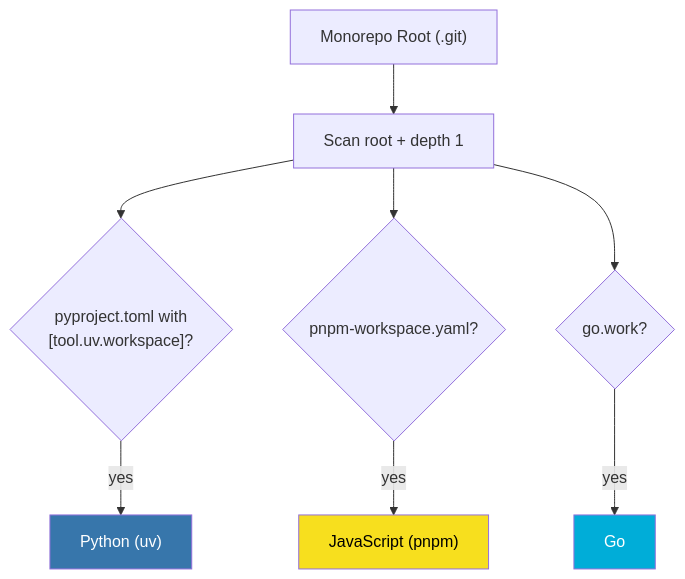
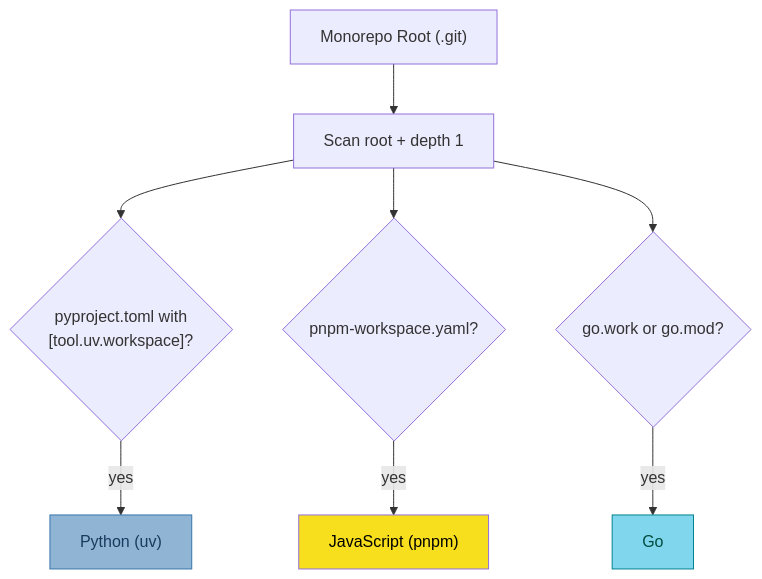
One commit to genkit-ai/genkit-python changed the first of 2 diagrams in tools/releasekit/docs/docs/guides/multi-ecosystem.md. Above: the diagram before and after it, drawn with Mermaid. The commit also changed other lines of this file and 208 other files, not shown here.

````diff
--- a/tools/releasekit/docs/docs/guides/multi-ecosystem.md
+++ b/tools/releasekit/docs/docs/guides/multi-ecosystem.md
@@ -13,19 +13,19 @@
 ```mermaid
 graph TD
     ROOT["Monorepo Root (.git)"]
     SCAN["Scan root + depth 1"]
 
     ROOT --> SCAN
 
     SCAN --> UV{"pyproject.toml with<br/>[tool.uv.workspace]?"}
     SCAN --> PNPM{"pnpm-workspace.yaml?"}
-    SCAN --> GO{"go.work?"}
+    SCAN --> GO{"go.work or go.mod?"}
 
     UV -->|yes| PY["Python (uv)"]
     PNPM -->|yes| JS["JavaScript (pnpm)"]
     GO -->|yes| GOLANG["Go"]
 
-    style PY fill:#3776ab,color:#fff
+    style PY fill:#90b4d4,stroke:#3776ab,color:#1a3a5c
     style JS fill:#f7df1e,color:#000
-    style GOLANG fill:#00add8,color:#fff
+    style GOLANG fill:#80d6ec,stroke:#00838f,color:#004d40
 ```
````
